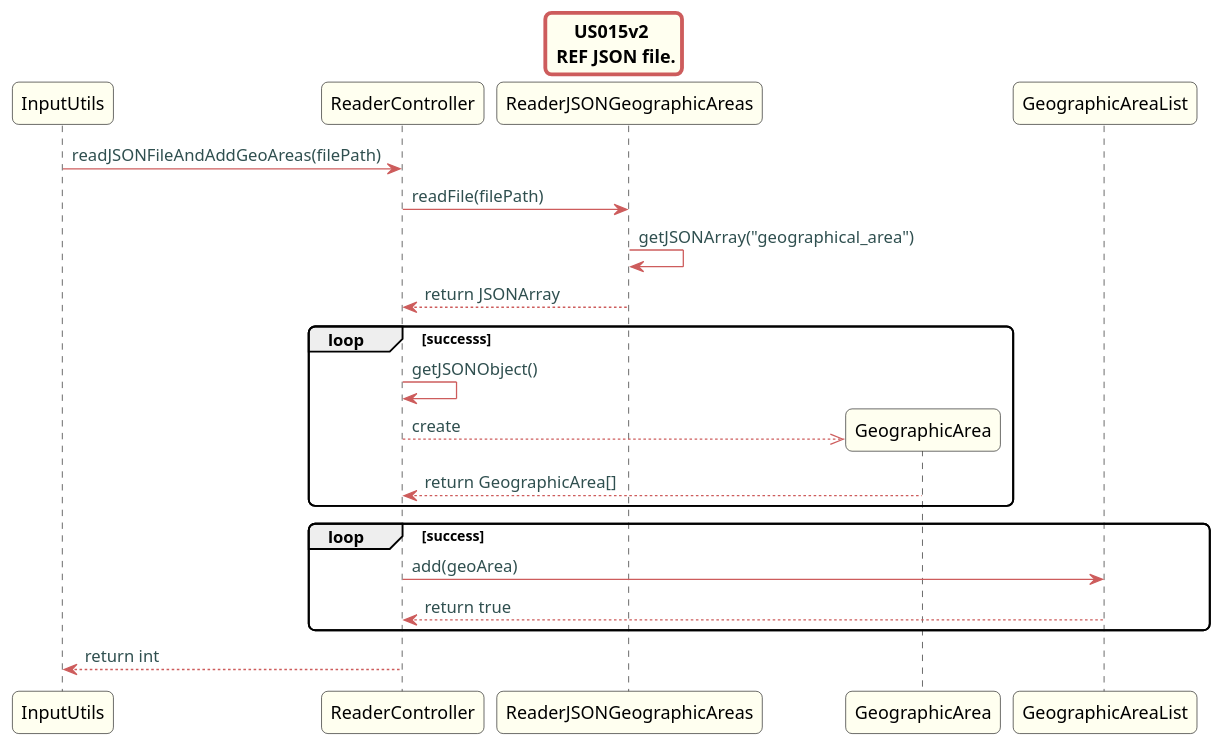
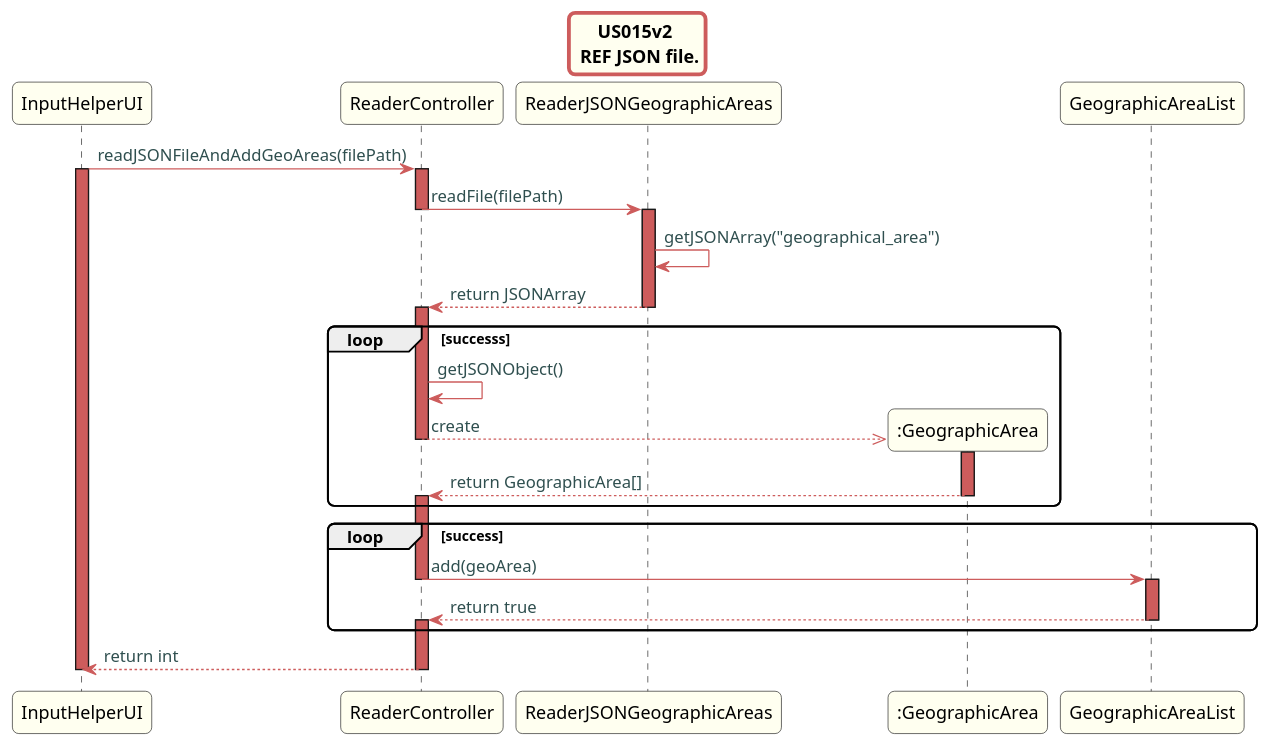
The diagram in src/doc/Controllers/HouseConfiguration/US15/US15v2_REF_JSON_sd_HouseConfiguration.puml (Almadanmp/project), drawn with PlantUML before and after one commit. The commit also changed 4 other files, not shown here.

Commit message:
REF #178 updated class diagram and sequence diagram for us15v2

```diff
--- a/src/doc/Controllers/HouseConfiguration/US15/US15v2_REF_JSON_sd_HouseConfiguration.puml
+++ b/src/doc/Controllers/HouseConfiguration/US15/US15v2_REF_JSON_sd_HouseConfiguration.puml
@@ -1,43 +1,64 @@
 @startuml
 title US015v2 \n REF JSON file.
 skinparam titleBorderRoundCorner 10
 skinparam titleBorderThickness 3
 skinparam titleBorderColor indianred
 skinparam titleBackgroundColor ivory
 skinparam FontName quicksand
 
 skinparam actor {
   BorderColor indianred
   }
 
 skinparam sequence {
   LifeLineBackgroundColor indianred
   ParticipantBackgroundColor ivory
 }
 
 skinparam roundcorner 10
 
 skinparam component {
   arrowThickness 1
   ArrowFontName Verdana
   ArrowColor indianred
   ArrowFontColor darkslategrey
 }
 
+InputHelperUI -> ReaderController: readJSONFileAndAddGeoAreas(filePath)
+activate InputHelperUI
+activate ReaderController
+ReaderController -> ReaderJSONGeographicAreas: readFile(filePath)
+deactivate ReaderController
+activate ReaderJSONGeographicAreas
 
-InputUtils -> ReaderController: readJSONFileAndAddGeoAreas(filePath)
-ReaderController -> ReaderJSONGeographicAreas: readFile(filePath)
 ReaderJSONGeographicAreas->ReaderJSONGeographicAreas:getJSONArray("geographical_area")
 ReaderJSONGeographicAreas --> ReaderController: return JSONArray
+deactivate ReaderJSONGeographicAreas
+activate ReaderController
 loop successs
 ReaderController->ReaderController:getJSONObject()
-create "GeographicArea"
-ReaderController -->> "GeographicArea": create
-"GeographicArea" --> ReaderController: return GeographicArea[]
+create ":GeographicArea"
+ReaderController -->> ":GeographicArea": create
+activate ":GeographicArea"
+deactivate ReaderController
+":GeographicArea" --> ReaderController: return GeographicArea[]
+deactivate ":GeographicArea"
+
+activate ReaderController
 end loop
 loop success
 ReaderController -> GeographicAreaList: add(geoArea)
-return return true
+deactivate ReaderController
+
+activate GeographicAreaList
+
+GeographicAreaList-->ReaderController: return true
+deactivate GeographicAreaList
+
+activate ReaderController
 end loop
-ReaderController --> InputUtils: return int
+ReaderController --> InputHelperUI: return int
+deactivate ReaderController
+deactivate InputHelperUI
+
 @enduml
```
